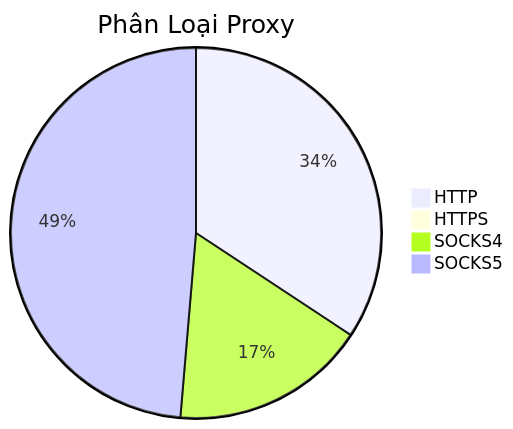
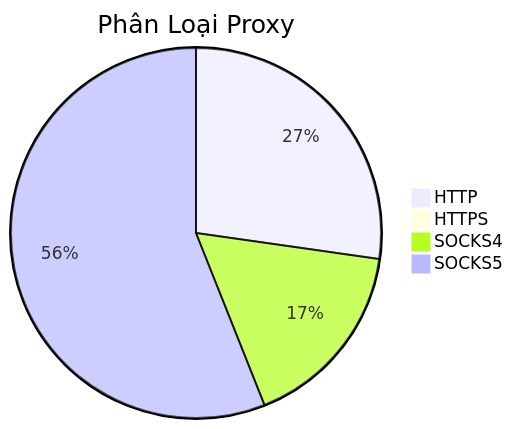
Before and after one commit to Ciara-12/PROXY-free: the diagram in README.md, drawn with Mermaid. The commit also changed other lines of this file and 4 other files, not shown here.

````diff
--- a/README.md
+++ b/README.md
@@ -26,7 +26,7 @@
 ```mermaid
 pie title Phân Loại Proxy
-    "HTTP" : 484
-    "HTTPS" : 0
-    "SOCKS4" : 241
-    "SOCKS5" : 687
+    "HTTP" : 461
+    "HTTPS" : 1
+    "SOCKS4" : 283
+    "SOCKS5" : 948
 ```
````
